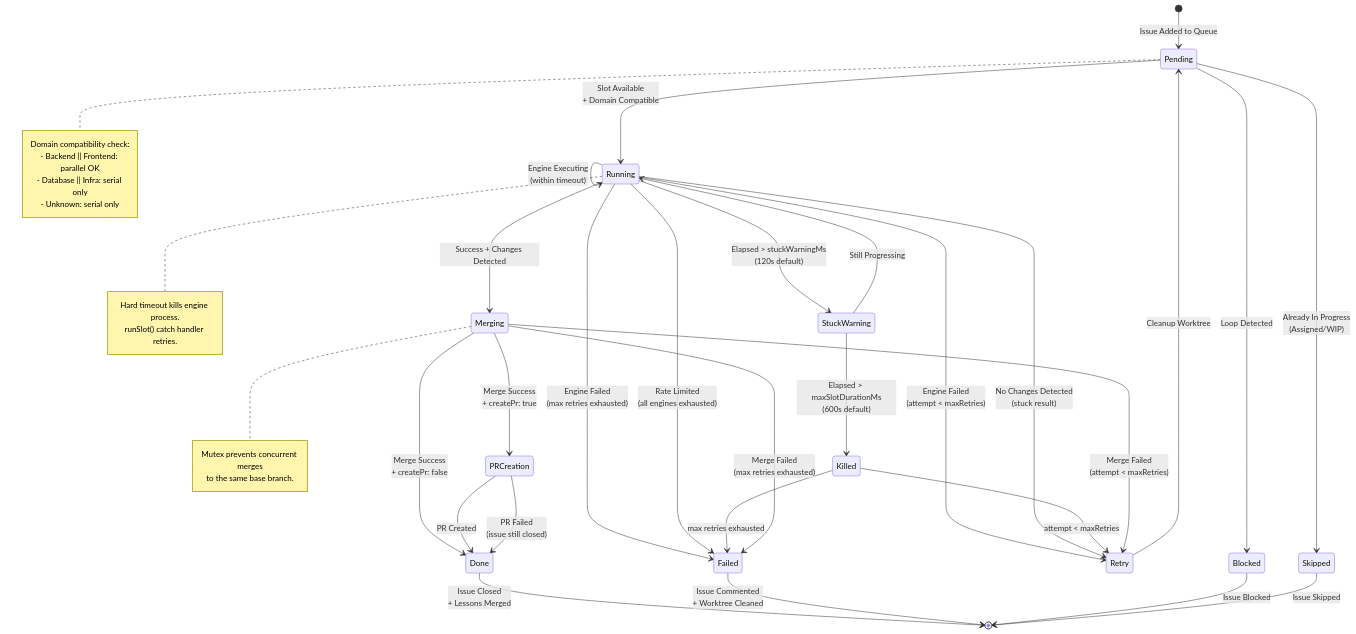
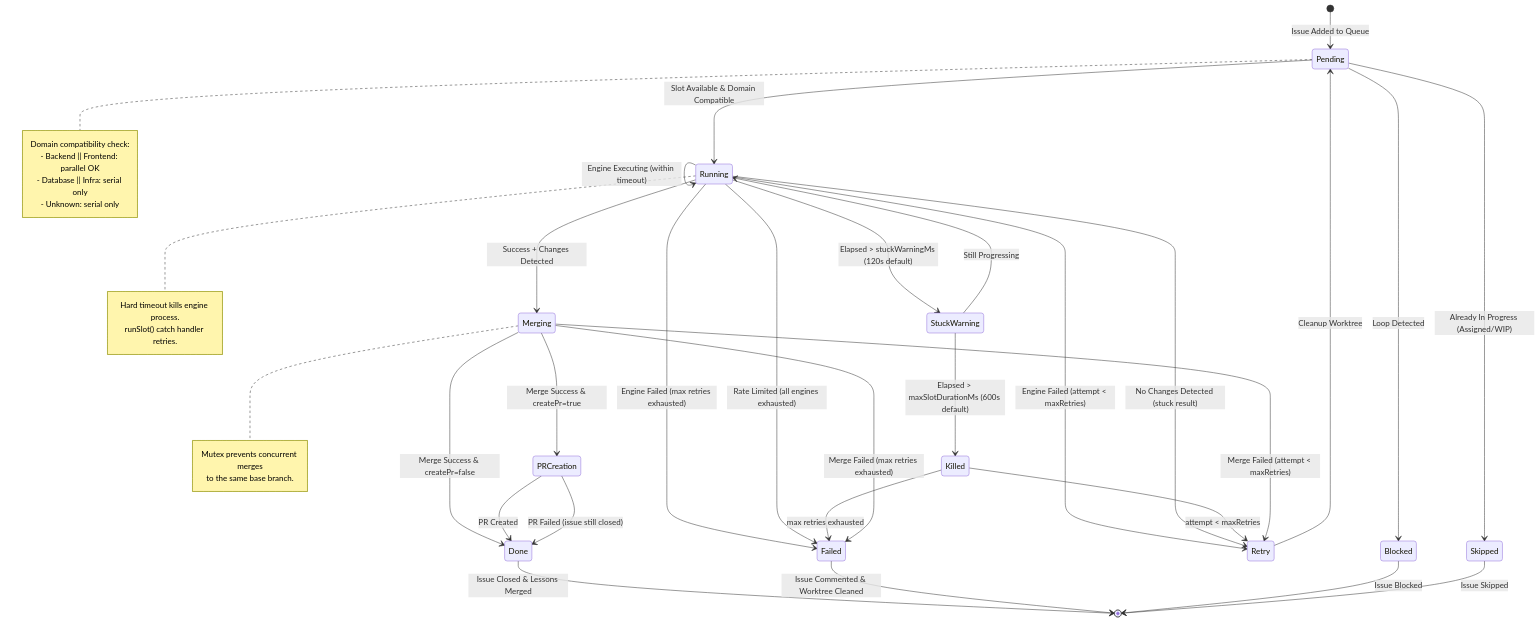
One commit to Venin-Client-Systems/echelon changed the third of 7 diagrams in ARCHITECTURE.md. Above: the diagram before and after it, drawn with Mermaid. The commit also changed other lines of this file, not shown here.

Commit message:
fix: remove unsupported <br/> syntax from Mermaid diagrams
- Fix Scheduler State Machine labels (replaced <br/> with & and parentheses)
- Fix Error Handling diagram labels
- Resolves GitHub Mermaid parser errors on develop branch

````diff
--- a/ARCHITECTURE.md
+++ b/ARCHITECTURE.md
@@ -145,54 +145,54 @@
 ```mermaid
 stateDiagram-v2
     [*] --> Pending: Issue Added to Queue
 
-    Pending --> Running: Slot Available<br/>+ Domain Compatible
+    Pending --> Running: Slot Available & Domain Compatible
     Pending --> Blocked: Loop Detected
-    Pending --> Skipped: Already In Progress<br/>(Assigned/WIP)
+    Pending --> Skipped: Already In Progress (Assigned/WIP)
 
-    Running --> Running: Engine Executing<br/>(within timeout)
-    Running --> StuckWarning: Elapsed > stuckWarningMs<br/>(120s default)
+    Running --> Running: Engine Executing (within timeout)
+    Running --> StuckWarning: Elapsed > stuckWarningMs (120s default)
     StuckWarning --> Running: Still Progressing
-    StuckWarning --> Killed: Elapsed > maxSlotDurationMs<br/>(600s default)
+    StuckWarning --> Killed: Elapsed > maxSlotDurationMs (600s default)
 
     Running --> Merging: Success + Changes Detected
-    Running --> Retry: Engine Failed<br/>(attempt < maxRetries)
-    Running --> Failed: Engine Failed<br/>(max retries exhausted)
-    Running --> Failed: Rate Limited<br/>(all engines exhausted)
-    Running --> Retry: No Changes Detected<br/>(stuck result)
+    Running --> Retry: Engine Failed (attempt < maxRetries)
+    Running --> Failed: Engine Failed (max retries exhausted)
+    Running --> Failed: Rate Limited (all engines exhausted)
+    Running --> Retry: No Changes Detected (stuck result)
 
     Killed --> Retry: attempt < maxRetries
     Killed --> Failed: max retries exhausted
 
     Retry --> Pending: Cleanup Worktree
 
-    Merging --> PRCreation: Merge Success<br/>+ createPr: true
-    Merging --> Done: Merge Success<br/>+ createPr: false
-    Merging --> Retry: Merge Failed<br/>(attempt < maxRetries)
-    Merging --> Failed: Merge Failed<br/>(max retries exhausted)
+    Merging --> PRCreation: Merge Success & createPr=true
+    Merging --> Done: Merge Success & createPr=false
+    Merging --> Retry: Merge Failed (attempt < maxRetries)
+    Merging --> Failed: Merge Failed (max retries exhausted)
 
     PRCreation --> Done: PR Created
-    PRCreation --> Done: PR Failed<br/>(issue still closed)
+    PRCreation --> Done: PR Failed (issue still closed)
 
-    Done --> [*]: Issue Closed<br/>+ Lessons Merged
-    Failed --> [*]: Issue Commented<br/>+ Worktree Cleaned
+    Done --> [*]: Issue Closed & Lessons Merged
+    Failed --> [*]: Issue Commented & Worktree Cleaned
     Blocked --> [*]: Issue Blocked
     Skipped --> [*]: Issue Skipped
 
     note right of Pending
         Domain compatibility check:
         - Backend || Frontend: parallel OK
         - Database || Infra: serial only
         - Unknown: serial only
     end note
 
     note right of Running
         Hard timeout kills engine process.
         runSlot() catch handler retries.
     end note
 
     note right of Merging
         Mutex prevents concurrent merges
         to the same base branch.
     end note
 ```
````
